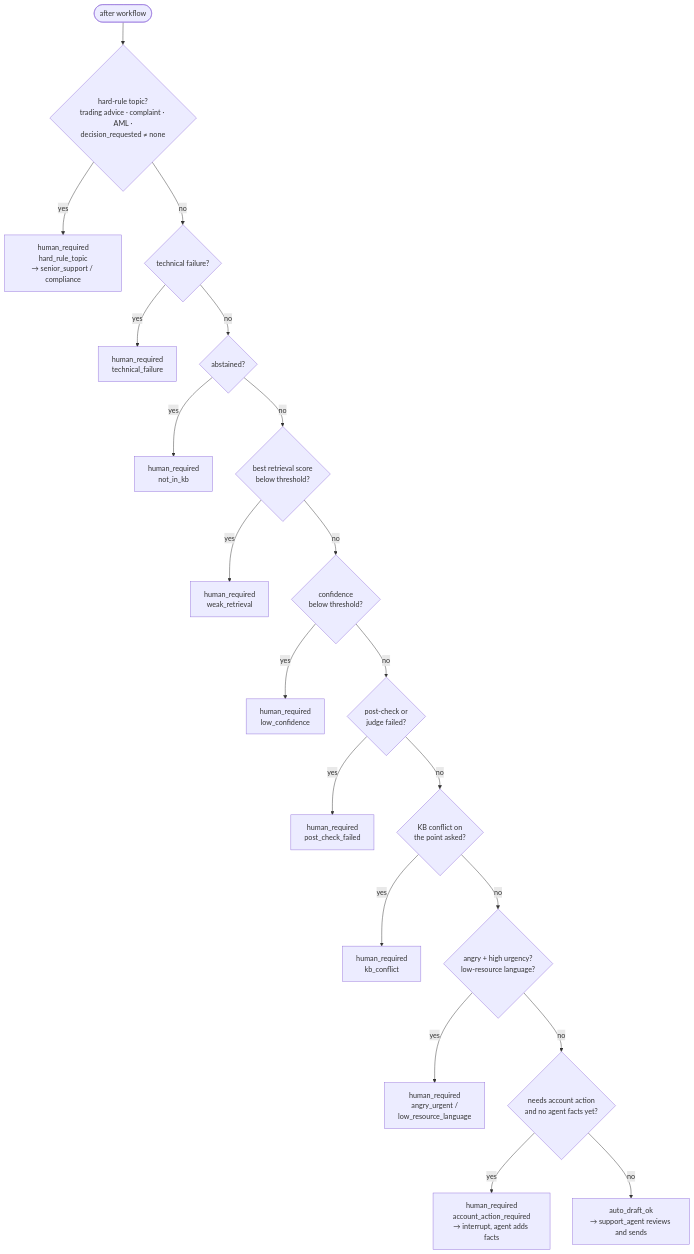
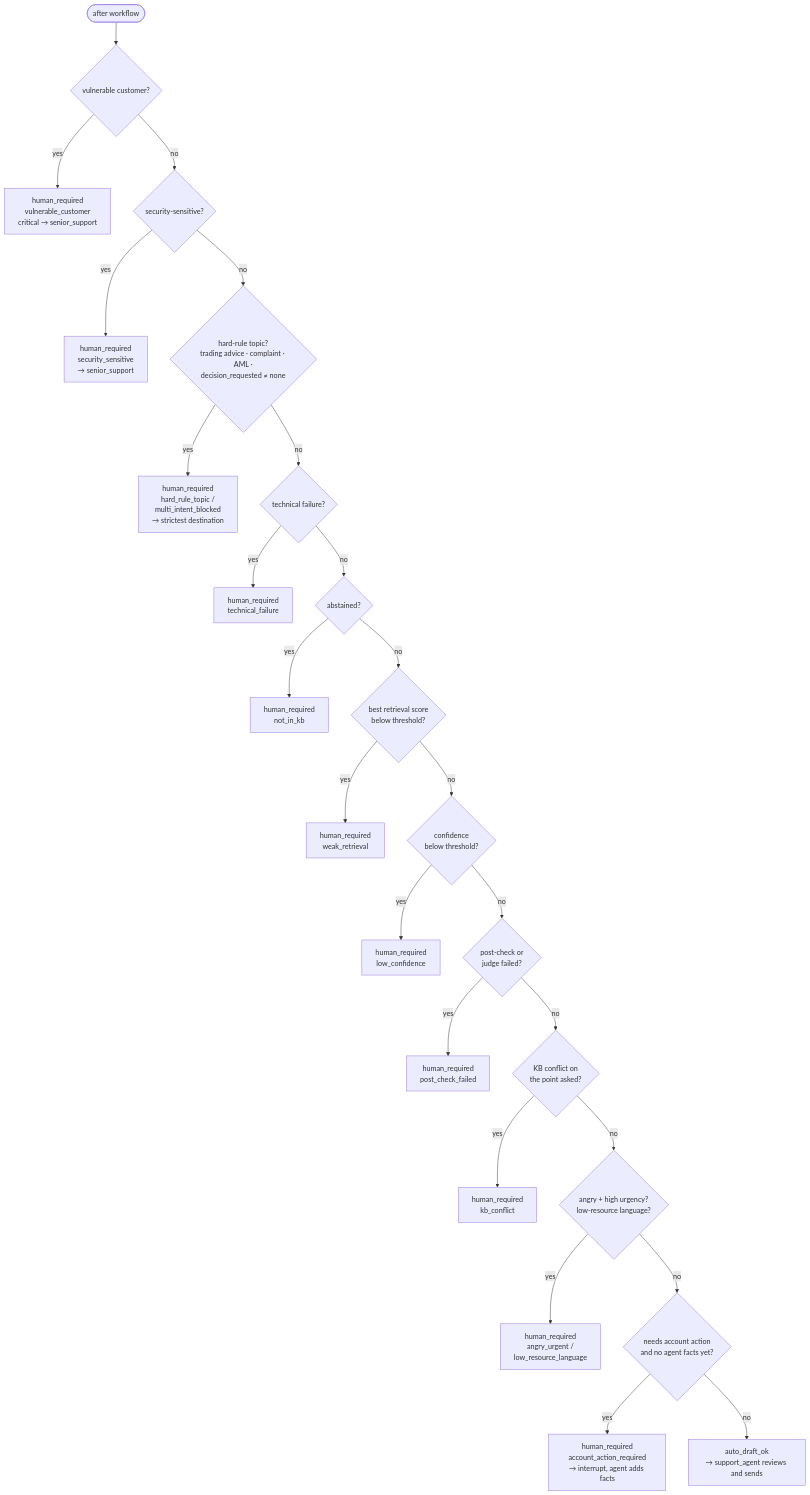
One commit to mohabashraf/support-copilot changed the eighth of 13 diagrams in docs/ARCHITECTURE.md. Above: the diagram before and after it, drawn with Mermaid. The commit also changed other lines of this file and 4 other files, not shown here.

First line of the commit message:
Close adversarial design gaps: multi-intent gating, vulnerable_customer, security_sensitive, digit normalisation, reply_language

````diff
--- a/docs/ARCHITECTURE.md
+++ b/docs/ARCHITECTURE.md
@@ -266,22 +278,26 @@
 ```mermaid
 flowchart TD
-    S([after workflow]) --> T1{"hard-rule topic?<br/>trading advice · complaint · AML ·<br/>decision_requested ≠ none"}
-    T1 -->|yes| H1["human_required<br/>hard_rule_topic<br/>→ senior_support / compliance"]
+    S([after workflow]) --> T0{"vulnerable customer?"}
+    T0 -->|yes| H0["human_required<br/>vulnerable_customer<br/>critical → senior_support"]
+    T0 -->|no| T0b{"security-sensitive?"}
+    T0b -->|yes| H0b["human_required<br/>security_sensitive<br/>→ senior_support"]
+    T0b -->|no| T1{"hard-rule topic?<br/>trading advice · complaint · AML ·<br/>decision_requested ≠ none"}
+    T1 -->|yes| H1["human_required<br/>hard_rule_topic /<br/>multi_intent_blocked<br/>→ strictest destination"]
     T1 -->|no| T8{"technical failure?"}
     T8 -->|yes| H8["human_required<br/>technical_failure"]
     T8 -->|no| T2{"abstained?"}
     T2 -->|yes| H2["human_required<br/>not_in_kb"]
     T2 -->|no| T3{"best retrieval score<br/>below threshold?"}
     T3 -->|yes| H3["human_required<br/>weak_retrieval"]
     T3 -->|no| T4{"confidence<br/>below threshold?"}
     T4 -->|yes| H4["human_required<br/>low_confidence"]
     T4 -->|no| T5{"post-check or<br/>judge failed?"}
     T5 -->|yes| H5["human_required<br/>post_check_failed"]
     T5 -->|no| T6{"KB conflict on<br/>the point asked?"}
     T6 -->|yes| H6["human_required<br/>kb_conflict"]
     T6 -->|no| T7{"angry + high urgency?<br/>low-resource language?"}
     T7 -->|yes| H7["human_required<br/>angry_urgent /<br/>low_resource_language"]
     T7 -->|no| T9{"needs account action<br/>and no agent facts yet?"}
     T9 -->|yes| H9["human_required<br/>account_action_required<br/>→ interrupt, agent adds facts"]
     T9 -->|no| OK["auto_draft_ok<br/>→ support_agent reviews and sends"]
 ```
````
